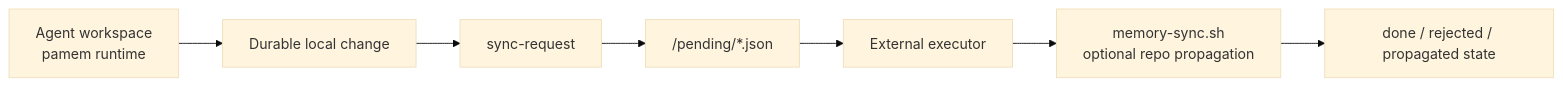
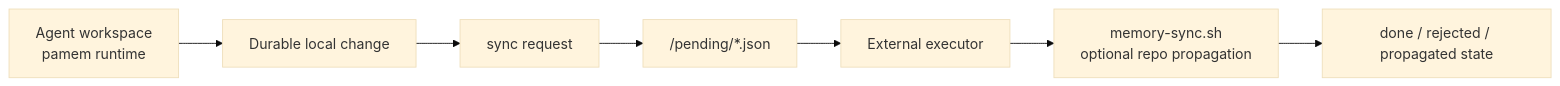
Before and after one commit to PHLens/pamem: the first of 2 diagrams in SYNC.md, drawn with Mermaid (base theme). The commit also changed other lines of this file and 10 other files, not shown here.

````diff
--- a/SYNC.md
+++ b/SYNC.md
@@ -62,9 +72,9 @@
 ```mermaid
 flowchart LR
     A["Agent workspace<br/>pamem runtime"] --> B["Durable local change"]
-    B --> C["sync-request"]
+    B --> C["sync request"]
     C --> D["<sync-queue-root>/pending/*.json"]
     D --> E["External executor"]
     E --> G["memory-sync.sh<br/>optional repo propagation"]
     G --> F["done / rejected / propagated state"]
 ```
````
